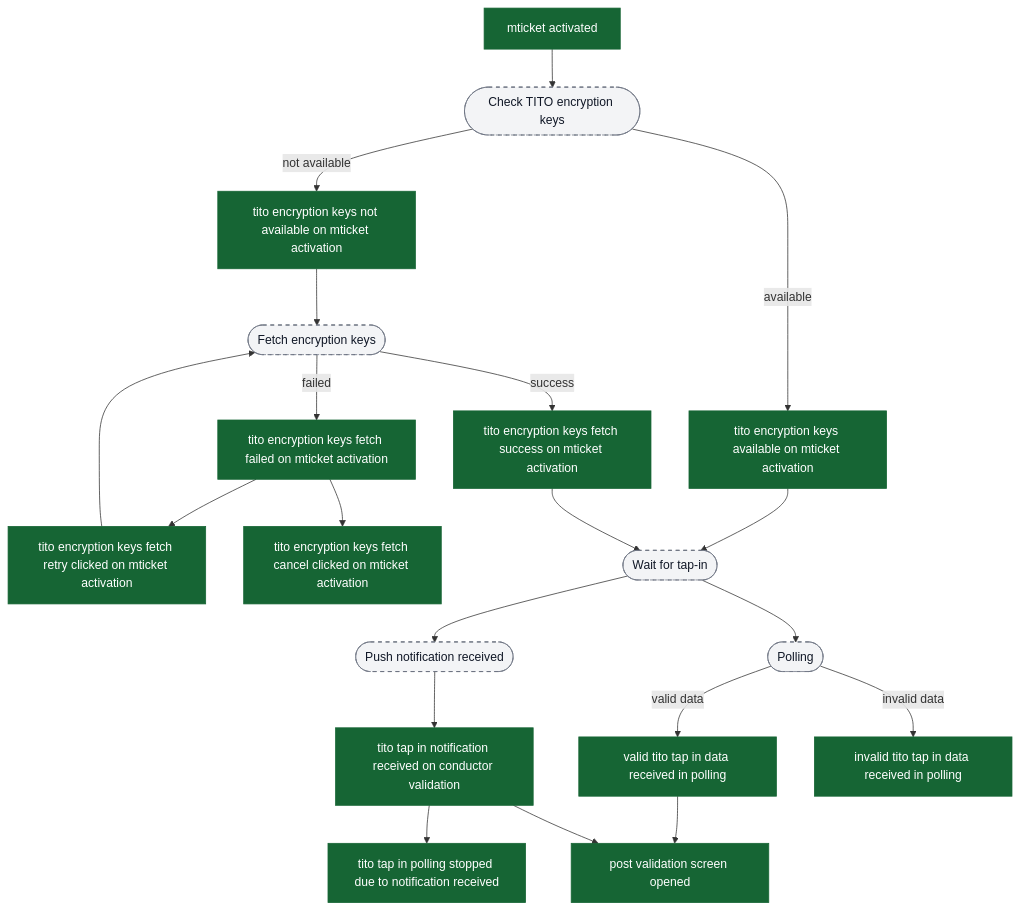
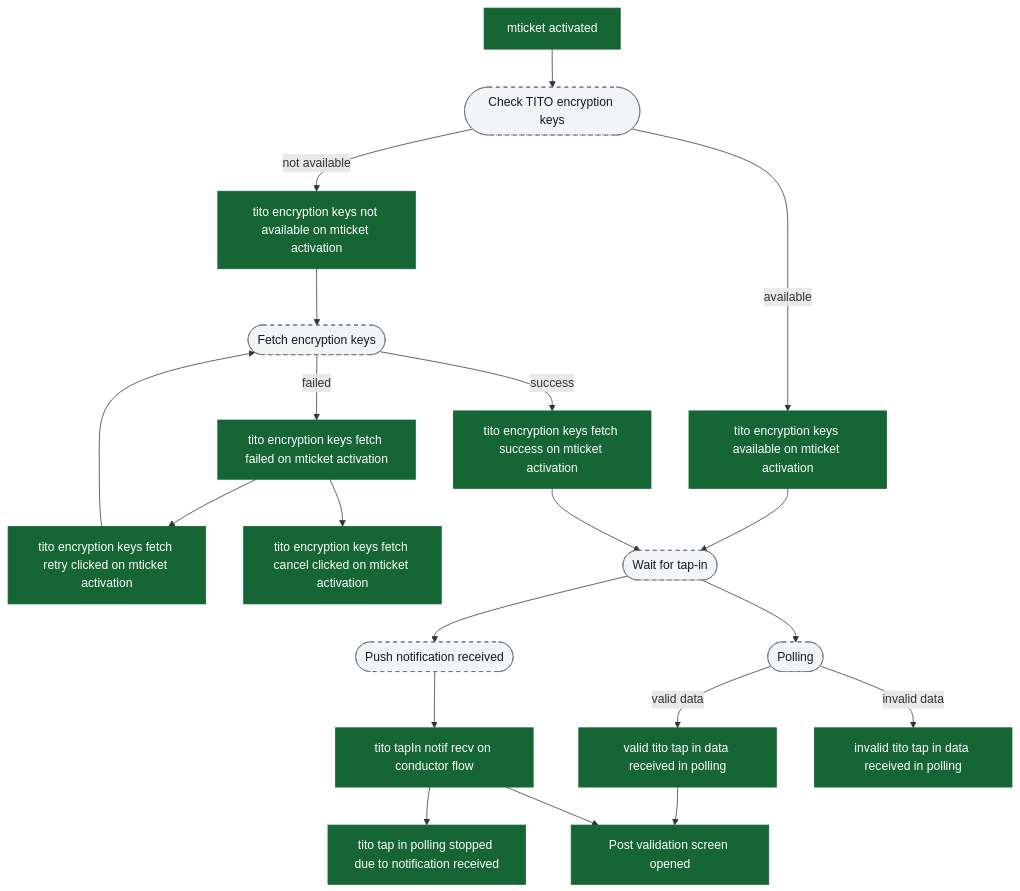
Before and after one commit to ratulsarna/chalo-app-dashboard: diagram 11 of 16 in content/analytics/mticket/flow-diagrams.md, drawn with Mermaid. The commit also changed other lines of this file and 2 other files, not shown here.

Commit message:
fix(analytics): update lastAudited dates and standardize event names in mTicket flow

````diff
--- a/content/analytics/mticket/flow-diagrams.md
+++ b/content/analytics/mticket/flow-diagrams.md
@@ -272,37 +272,37 @@
 ```mermaid
 flowchart TD
   ev_activated["mticket activated"] --> ui_checkKeys([Check TITO encryption keys])
 
   ui_checkKeys -->|available| ev_keysAvailable["tito encryption keys available on mticket activation"]
   ui_checkKeys -->|not available| ev_keysNotAvailable["tito encryption keys not available on mticket activation"]
 
   ev_keysNotAvailable --> ui_fetchKeys([Fetch encryption keys])
   ui_fetchKeys -->|success| ev_keysFetched["tito encryption keys fetch success on mticket activation"]
   ui_fetchKeys -->|failed| ev_keysFetchFailed["tito encryption keys fetch failed on mticket activation"]
 
   ev_keysFetchFailed --> ev_keysRetry["tito encryption keys fetch retry clicked on mticket activation"]
   ev_keysFetchFailed --> ev_keysCancel["tito encryption keys fetch cancel clicked on mticket activation"]
   ev_keysRetry --> ui_fetchKeys
 
   ev_keysAvailable --> ui_waitTapIn([Wait for tap-in])
   ev_keysFetched --> ui_waitTapIn
 
   ui_waitTapIn --> ui_polling([Polling])
   ui_waitTapIn --> ui_notification([Push notification received])
 
-  ui_notification --> ev_tapInNotif["tito tap in notification received on conductor validation"]
+  ui_notification --> ev_tapInNotif["tito tapIn notif recv on conductor flow"]
   ev_tapInNotif --> ev_pollingStopped["tito tap in polling stopped due to notification received"]
 
   ui_polling -->|valid data| ev_validTapIn["valid tito tap in data received in polling"]
   ui_polling -->|invalid data| ev_invalidTapIn["invalid tito tap in data received in polling"]
 
-  ev_validTapIn --> ev_postValidationOpen["post validation screen opened"]
+  ev_validTapIn --> ev_postValidationOpen["Post validation screen opened"]
   ev_tapInNotif --> ev_postValidationOpen
 
   classDef event fill:#166534,stroke:#166534,color:#ffffff;
   classDef ui fill:#f3f4f6,stroke:#6b7280,stroke-dasharray: 5 5,color:#111827;
   classDef external fill:#ffffff,stroke:#6b7280,stroke-dasharray: 3 3,color:#111827;
 
   class ev_activated,ev_keysAvailable,ev_keysNotAvailable,ev_keysFetched,ev_keysFetchFailed,ev_keysRetry,ev_keysCancel,ev_tapInNotif,ev_pollingStopped,ev_validTapIn,ev_invalidTapIn,ev_postValidationOpen event;
   class ui_checkKeys,ui_fetchKeys,ui_waitTapIn,ui_polling,ui_notification ui;
 ```
````
